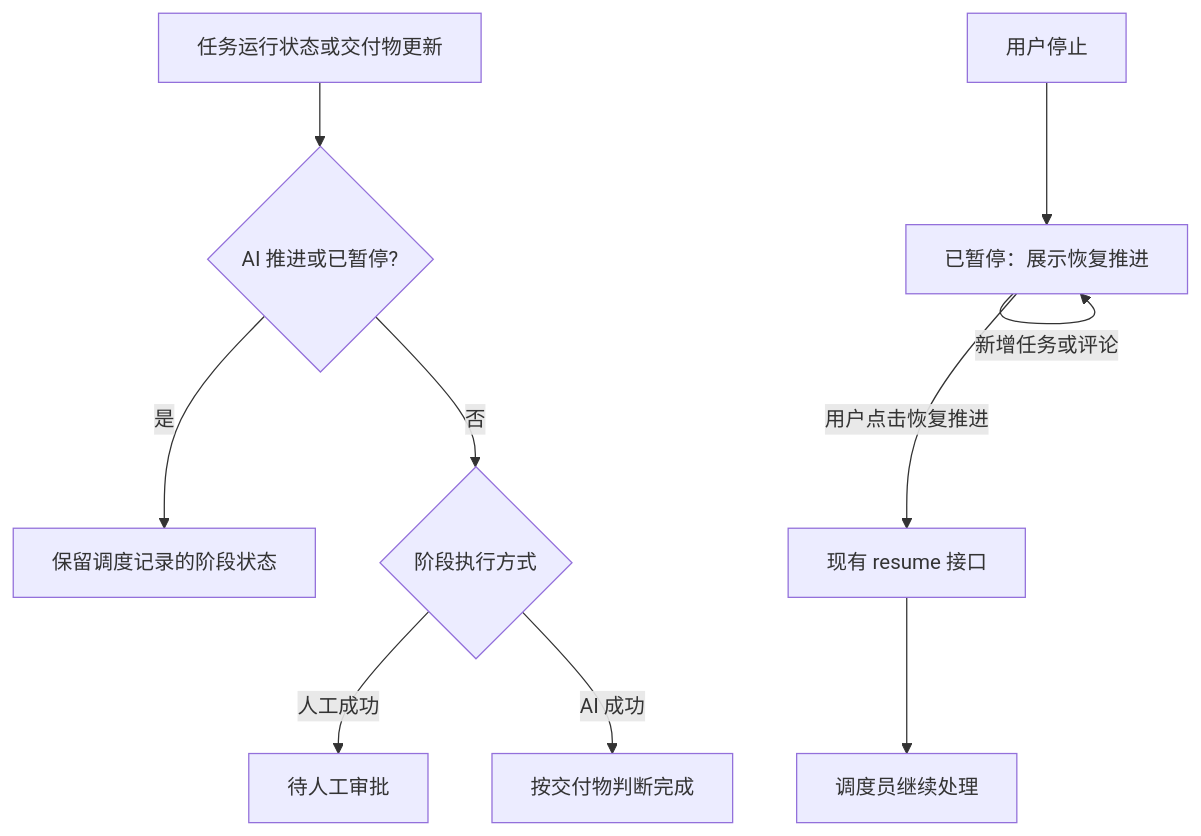
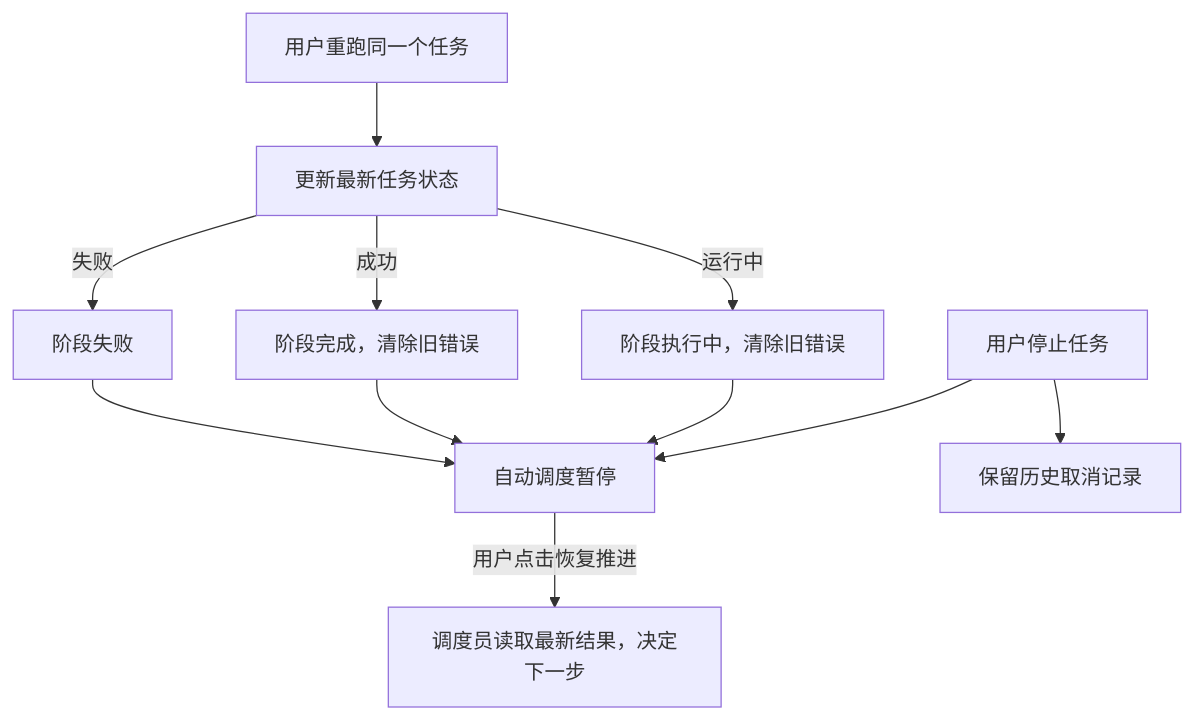
Before and after one commit to wecode-ai/Wegent: the first of 13 diagrams in docs/zh/developer-guide/board-automation-acceptance.md, drawn with Mermaid. The commit also changed other lines of this file and 10 other files, not shown here.

````diff
--- a/docs/zh/developer-guide/board-automation-acceptance.md
+++ b/docs/zh/developer-guide/board-automation-acceptance.md
@@ -11,12 +13,13 @@
 ```mermaid
 flowchart TD
-  T[任务运行状态或交付物更新] --> P{AI 推进或已暂停?}
-  P -->|是| K[保留调度记录的阶段状态]
-  P -->|否| M{阶段执行方式}
-  M -->|人工成功| H[待人工审批]
-  M -->|AI 成功| D[按交付物判断完成]
-  S[用户停止] --> W[已暂停：展示恢复推进]
-  W -->|用户点击恢复推进| R[现有 resume 接口]
-  R --> C[调度员继续处理]
-  W -->|新增任务或评论| W
+  S[用户停止任务] --> P[自动调度暂停]
+  S --> H[保留历史取消记录]
+  R[用户重跑同一个任务] --> T[更新最新任务状态]
+  T -->|运行中| N[阶段执行中，清除旧错误]
+  T -->|成功| D[阶段完成，清除旧错误]
+  T -->|失败| F[阶段失败]
+  N --> P
+  D --> P
+  F --> P
+  P -->|用户点击恢复推进| C[调度员读取最新结果，决定下一步]
 ```
````
